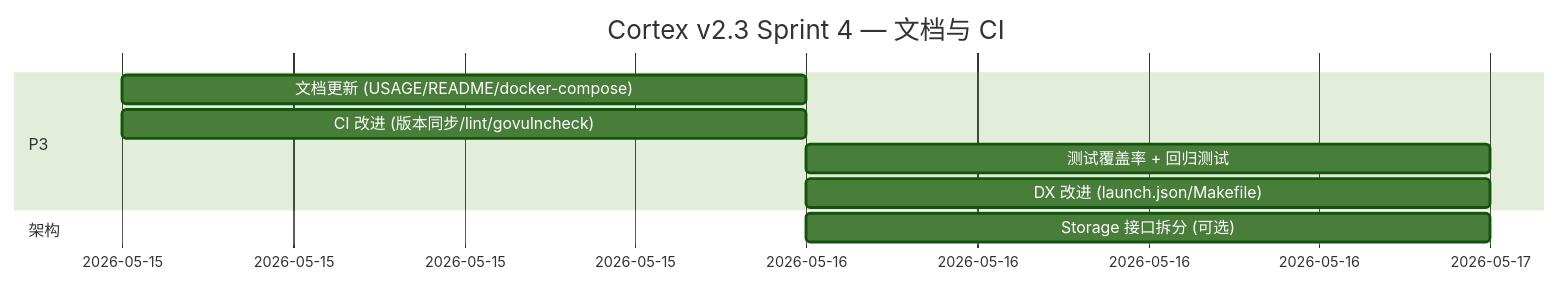
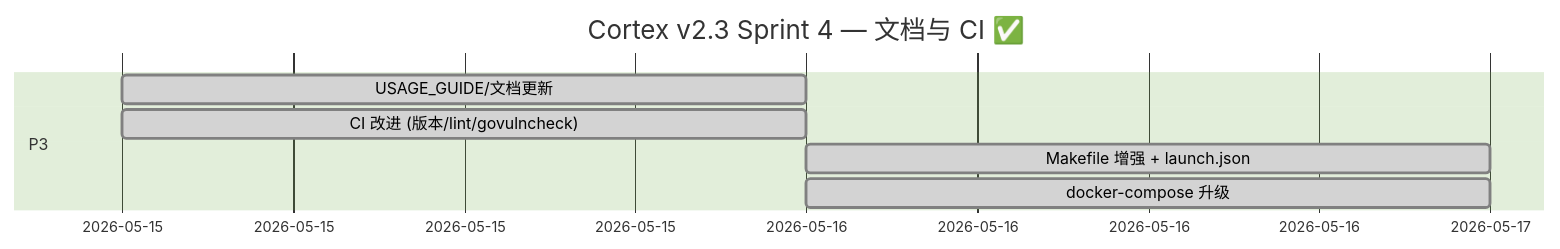
The fourth of 4 diagrams in ITERATION_PLAN.md (lh123aa/cortex), drawn with Mermaid (forest theme) before and after one commit. The commit also changed other lines of this file and 4 other files, not shown here.

````diff
--- a/ITERATION_PLAN.md
+++ b/ITERATION_PLAN.md
@@ -369,12 +367,10 @@
 ```mermaid
 gantt
-    title Cortex v2.3 Sprint 4 — 文档与 CI
+    title Cortex v2.3 Sprint 4 — 文档与 CI ✅
     dateFormat  YYYY-MM-DD
     section P3
-    文档更新 (USAGE/README/docker-compose) :e1, 2026-05-15, 1d
-    CI 改进 (版本同步/lint/govulncheck)    :e2, 2026-05-15, 1d
-    测试覆盖率 + 回归测试                    :e3, 2026-05-16, 1d
-    DX 改进 (launch.json/Makefile)         :e4, 2026-05-16, 0.5d
-    section 架构
-    Storage 接口拆分 (可选)                  :e5, 2026-05-16, 1d
+    USAGE_GUIDE/文档更新                   :done, e1, 2026-05-15, 1d
+    CI 改进 (版本/lint/govulncheck)        :done, e2, 2026-05-15, 1d
+    Makefile 增强 + launch.json             :done, e3, 2026-05-16, 1d
+    docker-compose 升级                     :done, e4, 2026-05-16, 0.5d
 ```
````
